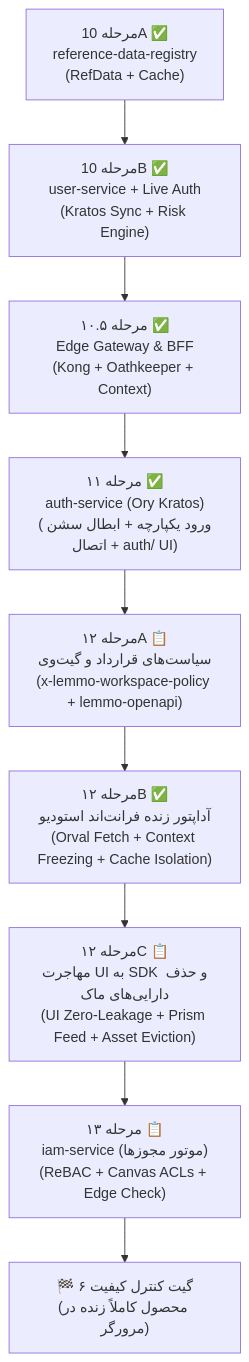
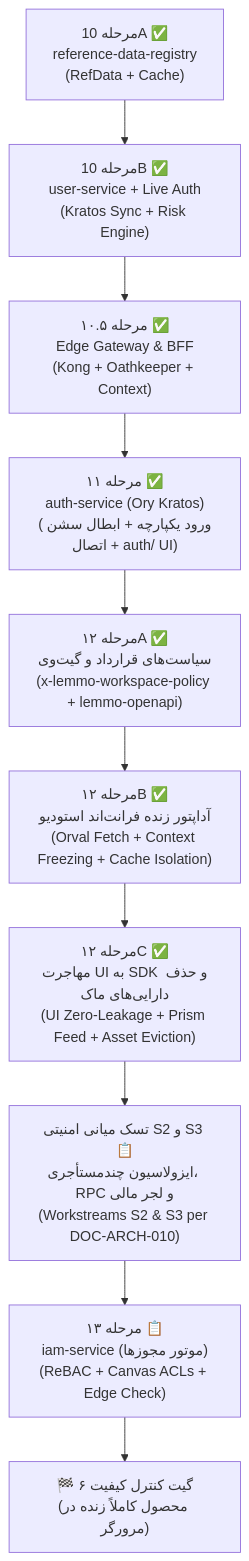
One commit to itstalentnet/dotdive changed the second of 2 diagrams in docs/lemmo/03-backend/roadmap.md. Above: the diagram before and after it, drawn with Mermaid. The commit also changed other lines of this file and 1 other file, not shown here.

Commit message:
docs(roadmap): ratify Stage 12 completion and establish intermediate S2/S3 security hardening milestone

````diff
--- a/docs/lemmo/03-backend/roadmap.md
+++ b/docs/lemmo/03-backend/roadmap.md
@@ -121,11 +121,12 @@
 ```mermaid
 flowchart TD
     S10A["مرحله 10A ✅<br>reference-data-registry<br>(RefData + Cache)"] --> S10B["مرحله 10B ✅<br>user-service + Live Auth<br>(Kratos Sync + Risk Engine)"]
     S10B --> S105["مرحله ۱۰.۵ ✅<br>Edge Gateway & BFF<br>(Kong + Oathkeeper + Context)"]
     S105 --> S11["مرحله ۱۱ ✅<br>auth-service (Ory Kratos)<br>(ورود یکپارچه + ابطال سشن + اتصال auth/ UI)"]
-    S11 --> S12A["مرحله ۱۲A 📋<br>سیاست‌های قرارداد و گیت‌وی<br>(x-lemmo-workspace-policy + lemmo-openapi)"]
+    S11 --> S12A["مرحله ۱۲A ✅<br>سیاست‌های قرارداد و گیت‌وی<br>(x-lemmo-workspace-policy + lemmo-openapi)"]
     S12A --> S12B["مرحله ۱۲B ✅<br>آداپتور زنده فرانت‌اند استودیو<br>(Orval Fetch + Context Freezing + Cache Isolation)"]
-    S12B --> S12C["مرحله ۱۲C 📋<br>مهاجرت UI به SDK و حذف دارایی‌های ماک<br>(UI Zero-Leakage + Prism Feed + Asset Eviction)"]
-    S12C --> S13["مرحله ۱۳ 📋<br>iam-service (موتور مجوزها)<br>(ReBAC + Canvas ACLs + Edge Check)"]
+    S12B --> S12C["مرحله ۱۲C ✅<br>مهاجرت UI به SDK و حذف دارایی‌های ماک<br>(UI Zero-Leakage + Prism Feed + Asset Eviction)"]
+    S12C --> S_SEC["تسک میانی امنیتی S2 و S3 📋<br>ایزولاسیون چندمستأجری، RPC و لجر مالی<br>(Workstreams S2 & S3 per DOC-ARCH-010)"]
+    S_SEC --> S13["مرحله ۱۳ 📋<br>iam-service (موتور مجوزها)<br>(ReBAC + Canvas ACLs + Edge Check)"]
     S13 --> Gate6["🏁 گیت کنترل کیفیت ۶<br>(محصول کاملاً زنده در مرورگر)"]
 ```
````
